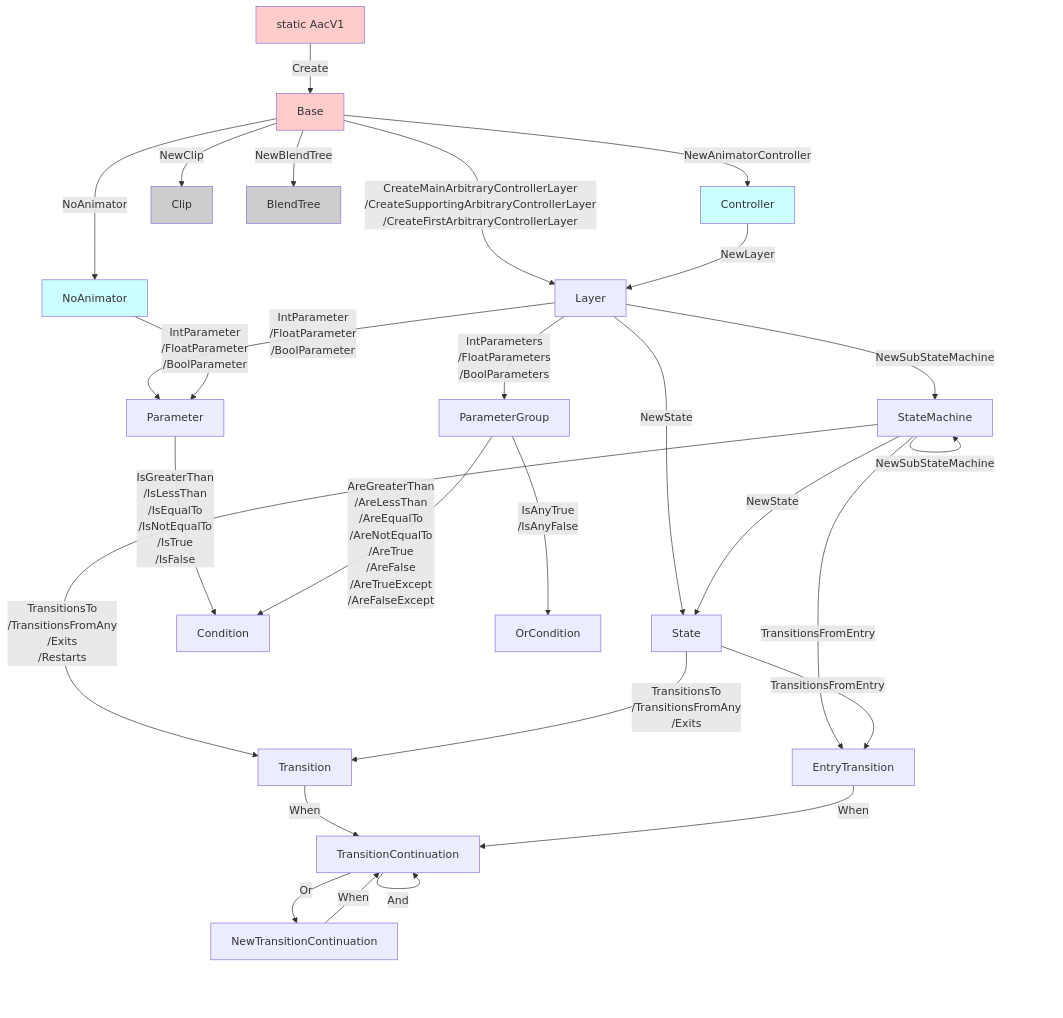
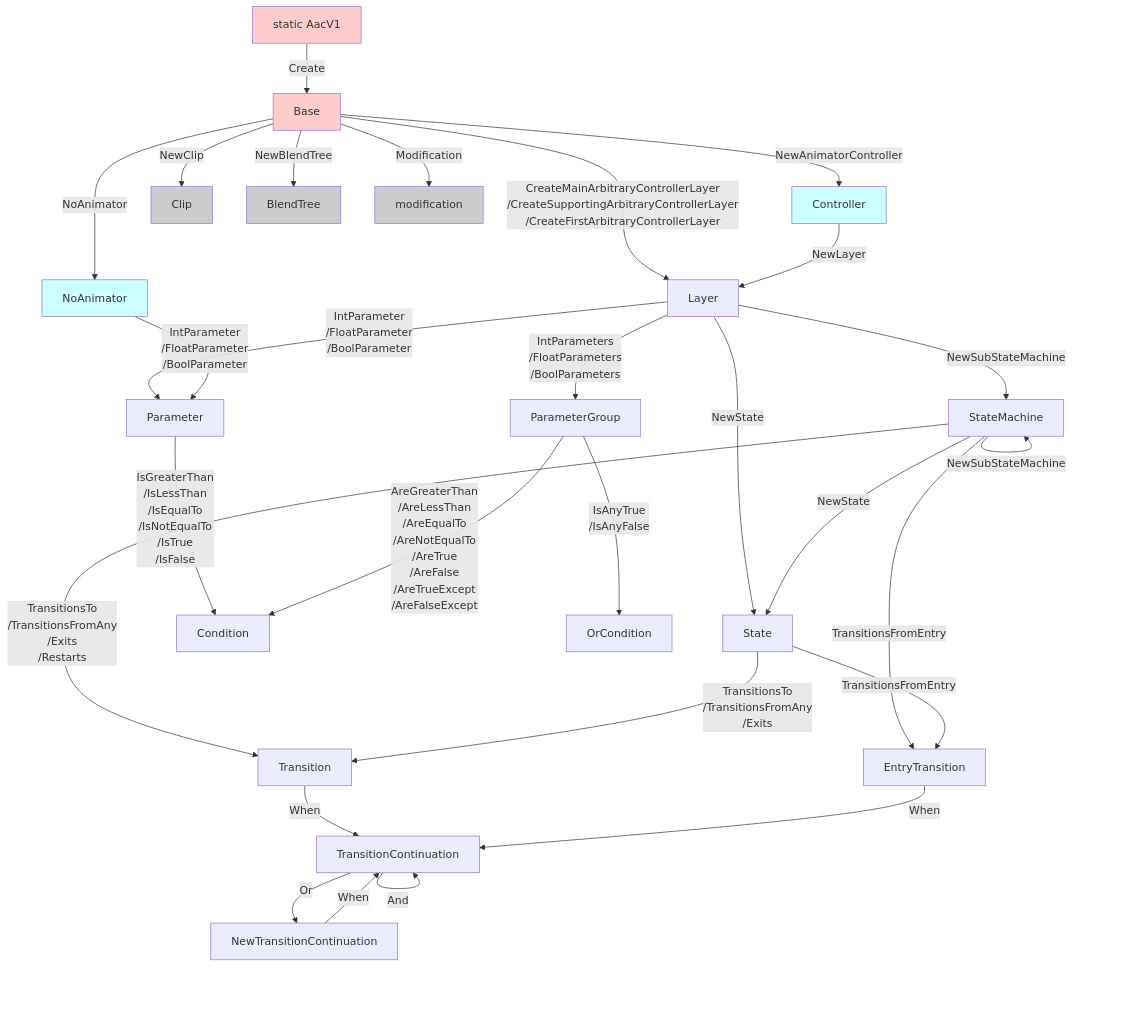
The first of 2 diagrams in docs/products/animator-as-code/functions/base.md (hai-vr/documentation), drawn with Mermaid before and after one commit. The commit also changed other lines of this file and 1 other file, not shown here.

````diff
--- a/docs/products/animator-as-code/functions/base.md
+++ b/docs/products/animator-as-code/functions/base.md
@@ -14,37 +14,38 @@
 ```mermaid
 graph TD;
     AacV1[static AacV1]:::roots-->|Create|Base:::roots;
     Base-->|CreateMainArbitraryControllerLayer<br>/CreateSupportingArbitraryControllerLayer<br>/CreateFirstArbitraryControllerLayer|Layer;
 
     Base-->|NewAnimatorController|Controller:::focus;
     Controller-->|NewLayer|Layer;
     Layer-->|NewState|State;
     Layer-->|NewSubStateMachine|StateMachine;
     StateMachine-->|NewSubStateMachine|StateMachine;
     StateMachine-->|NewState|State;
     StateMachine-->|TransitionsTo<br>/TransitionsFromAny<br>/Exits<br>/Restarts|Transition;
     StateMachine-->|TransitionsFromEntry|EntryTransition;
     State-->|TransitionsTo<br>/TransitionsFromAny<br>/Exits|Transition;
     State-->|TransitionsFromEntry|EntryTransition;
     Transition-->|When|TransitionContinuation;
     EntryTransition-->|When|TransitionContinuation;
     TransitionContinuation-->|And|TransitionContinuation;
     TransitionContinuation-->|Or|NewTransitionContinuation;
     NewTransitionContinuation-->|When|TransitionContinuation;
     
     Layer-->|IntParameter<br>/FloatParameter<br>/BoolParameter|Parameter;
     Parameter-->|IsGreaterThan<br>/IsLessThan<br>/IsEqualTo<br>/IsNotEqualTo<br>/IsTrue<br>/IsFalse|Condition;
     Layer-->|IntParameters<br>/FloatParameters<br>/BoolParameters|ParameterGroup;
     ParameterGroup-->|AreGreaterThan<br>/AreLessThan<br>/AreEqualTo<br>/AreNotEqualTo<br>/AreTrue<br>/AreFalse<br>/AreTrueExcept<br>/AreFalseExcept|Condition;
     ParameterGroup-->|IsAnyTrue<br>/IsAnyFalse<br>|OrCondition;
     
     NoAnimator-->|IntParameter<br>/FloatParameter<br>/BoolParameter|Parameter;
     
     Base-->|NewClip|Clip:::disabled;
     Base-->|NewBlendTree|BlendTree:::disabled;
     Base-->|NoAnimator|NoAnimator:::focus;
+    Base-->|Modification|modification:::disabled;
     
     classDef disabled fill:#CCC
     classDef roots fill:#FCC
     classDef focus fill:#CFF
 ```
````
